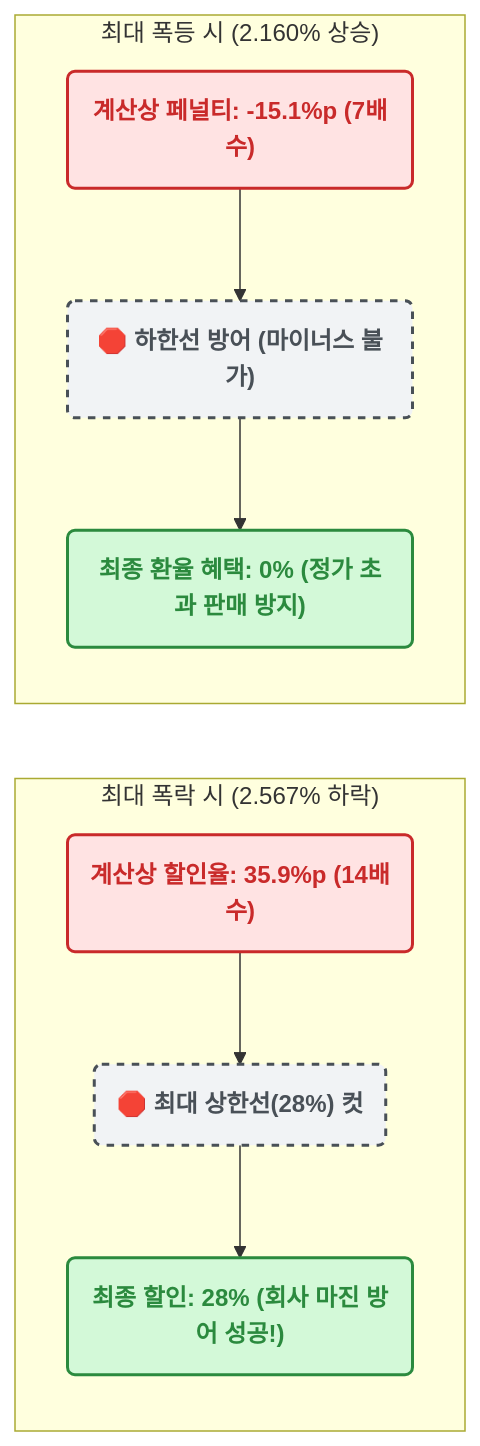
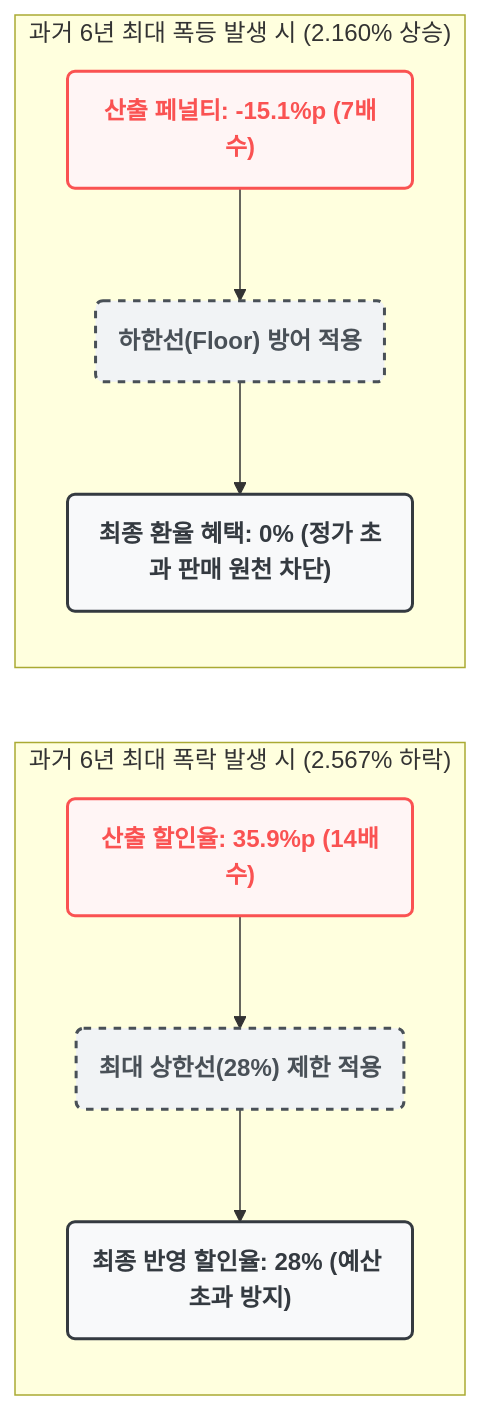
The third of 3 diagrams in docs/기획-분석-한국장종합리포트.md (jennie-brain/makji-personal), drawn with Mermaid before and after one commit. The commit also changed other lines of this file, not shown here.

````diff
--- a/docs/기획-분석-한국장종합리포트.md
+++ b/docs/기획-분석-한국장종합리포트.md
@@ -75,18 +73,18 @@
 ```mermaid
 flowchart LR
-    classDef safe fill:#d3f9d8,stroke:#2b8a3e,stroke-width:2px,color:#2b8a3e,font-weight:bold;
-    classDef warning fill:#ffe3e3,stroke:#c92a2a,stroke-width:2px,color:#c92a2a,font-weight:bold;
+    classDef safe fill:#f8f9fa,stroke:#343a40,stroke-width:2px,color:#343a40,font-weight:bold;
+    classDef warning fill:#fff5f5,stroke:#fa5252,stroke-width:2px,color:#fa5252,font-weight:bold;
     classDef cap fill:#f1f3f5,stroke:#495057,stroke-width:2px,color:#495057,font-weight:bold,stroke-dasharray: 5 5;
 
-    subgraph 최대폭락_상황 ["최대 폭락 시 (2.567% 하락)"]
+    subgraph 최대폭락_상황 ["과거 6년 최대 폭락 발생 시 (2.567% 하락)"]
         direction TB
-        A1("계산상 할인율: 35.9%p (14배수)"):::warning --> A2("🛑 최대 상한선(28%) 컷"):::cap
-        A2 --> A3("최종 할인: 28% (회사 마진 방어 성공!)"):::safe
+        A1("산출 할인율: 35.9%p (14배수)"):::warning --> A2("최대 상한선(28%) 제한 적용"):::cap
+        A2 --> A3("최종 반영 할인율: 28% (예산 초과 방지)"):::safe
     end
 
-    subgraph 최대폭등_상황 ["최대 폭등 시 (2.160% 상승)"]
+    subgraph 최대폭등_상황 ["과거 6년 최대 폭등 발생 시 (2.160% 상승)"]
         direction TB
-        B1("계산상 페널티: -15.1%p (7배수)"):::warning --> B2("🛑 하한선 방어 (마이너스 불가)"):::cap
-        B2 --> B3("최종 환율 혜택: 0% (정가 초과 판매 방지)"):::safe
+        B1("산출 페널티: -15.1%p (7배수)"):::warning --> B2("하한선(Floor) 방어 적용"):::cap
+        B2 --> B3("최종 환율 혜택: 0% (정가 초과 판매 원천 차단)"):::safe
     end
 ```
````
